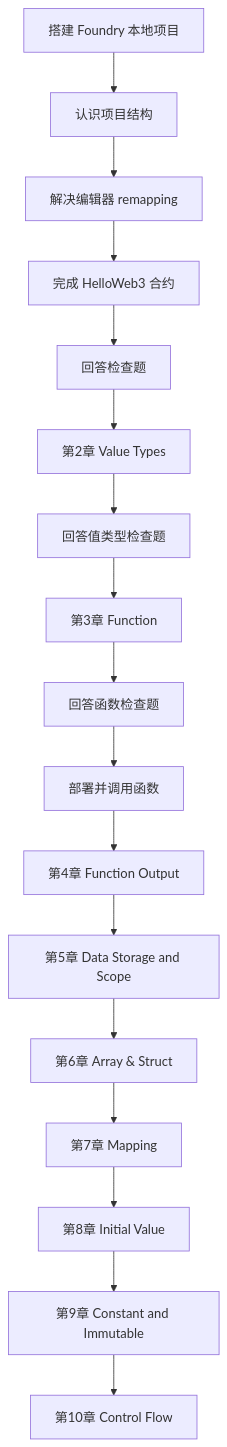
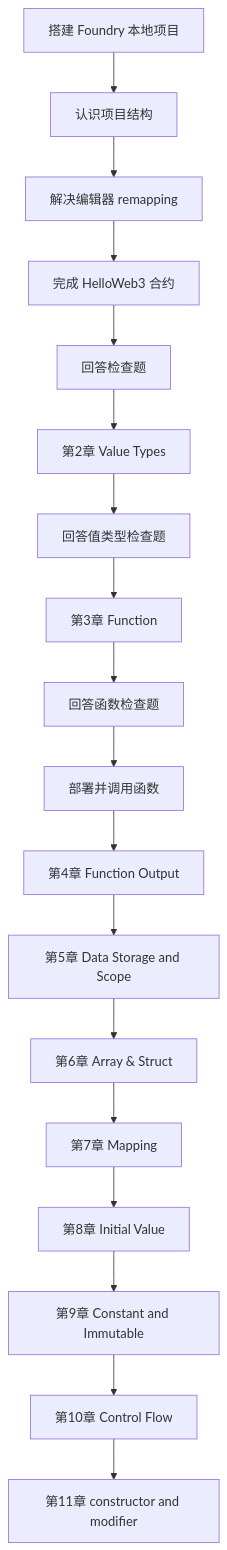
Before and after one commit to daxiguaguagua-hash/wtf-academy-learning: the fourth of 4 diagrams in 交接记录.md, drawn with Mermaid. The commit also changed other lines of this file and 3 other files, not shown here.

````diff
--- a/交接记录.md
+++ b/交接记录.md
@@ -172,19 +177,20 @@
 ```mermaid
 flowchart TD
 A[搭建 Foundry 本地项目] --> B[认识项目结构]
 B --> C[解决编辑器 remapping]
 C --> D[完成 HelloWeb3 合约]
 D --> E[回答检查题]
 E --> F[第2章 Value Types]
 F --> G[回答值类型检查题]
 G --> H[第3章 Function]
 H --> I[回答函数检查题]
 I --> J[部署并调用函数]
 J --> K[第4章 Function Output]
 K --> L[第5章 Data Storage and Scope]
 L --> M[第6章 Array & Struct]
 M --> N[第7章 Mapping]
 N --> O[第8章 Initial Value]
 O --> P[第9章 Constant and Immutable]
 P --> Q[第10章 Control Flow]
+Q --> R[第11章 constructor and modifier]
 ```
````
